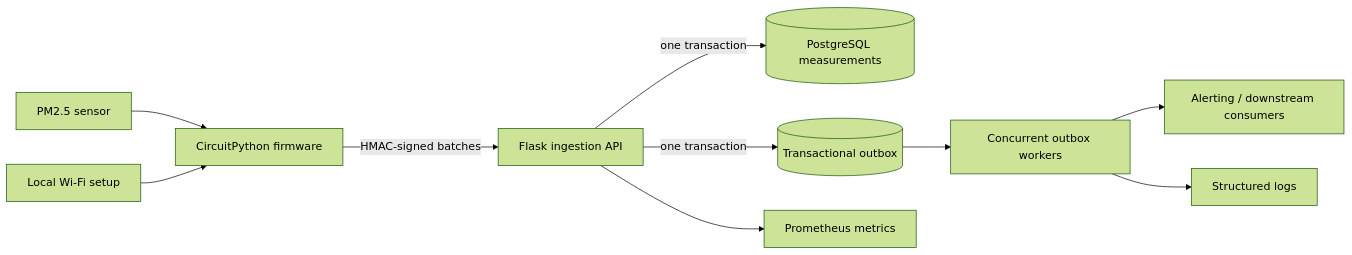
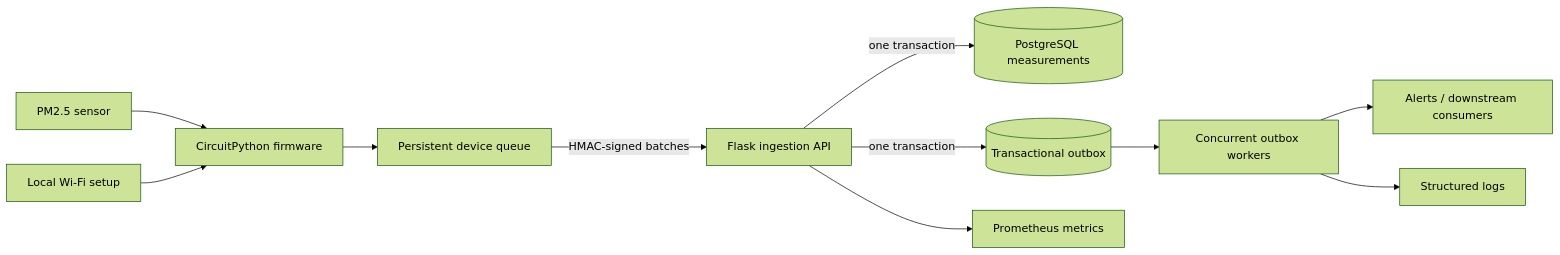
One commit to rdfds/myaqi-iot-platform changed the diagram in README.md. Above: the diagram before and after it, drawn with Mermaid (forest theme). The commit also changed other lines of this file and 20 other files, not shown here.

Commit message:
Unify firmware and ingestion runtime (#2)

````diff
--- a/README.md
+++ b/README.md
@@ -23,12 +9,13 @@
 ```mermaid
 flowchart LR
     Sensor["PM2.5 sensor"] --> Firmware["CircuitPython firmware"]
     Setup["Local Wi-Fi setup"] --> Firmware
-    Firmware -->|"HMAC-signed batches"| API["Flask ingestion API"]
+    Firmware --> Queue["Persistent device queue"]
+    Queue -->|"HMAC-signed batches"| API["Flask ingestion API"]
     API -->|"one transaction"| Measurements[("PostgreSQL measurements")]
     API -->|"one transaction"| Outbox[("Transactional outbox")]
     Outbox --> Worker["Concurrent outbox workers"]
-    Worker --> Alerts["Alerting / downstream consumers"]
+    Worker --> Consumers["Alerts / downstream consumers"]
     API --> Metrics["Prometheus metrics"]
     Worker --> Logs["Structured logs"]
 ```
````
